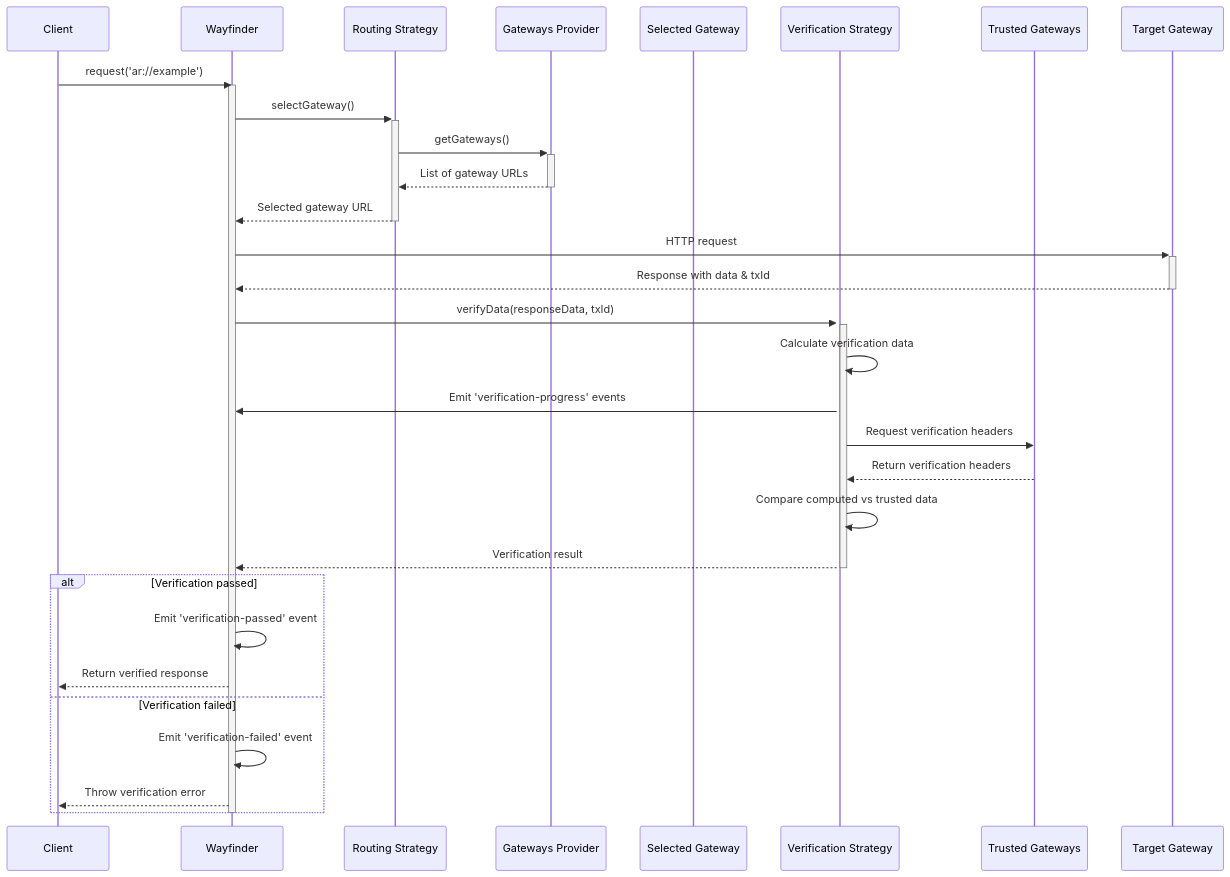
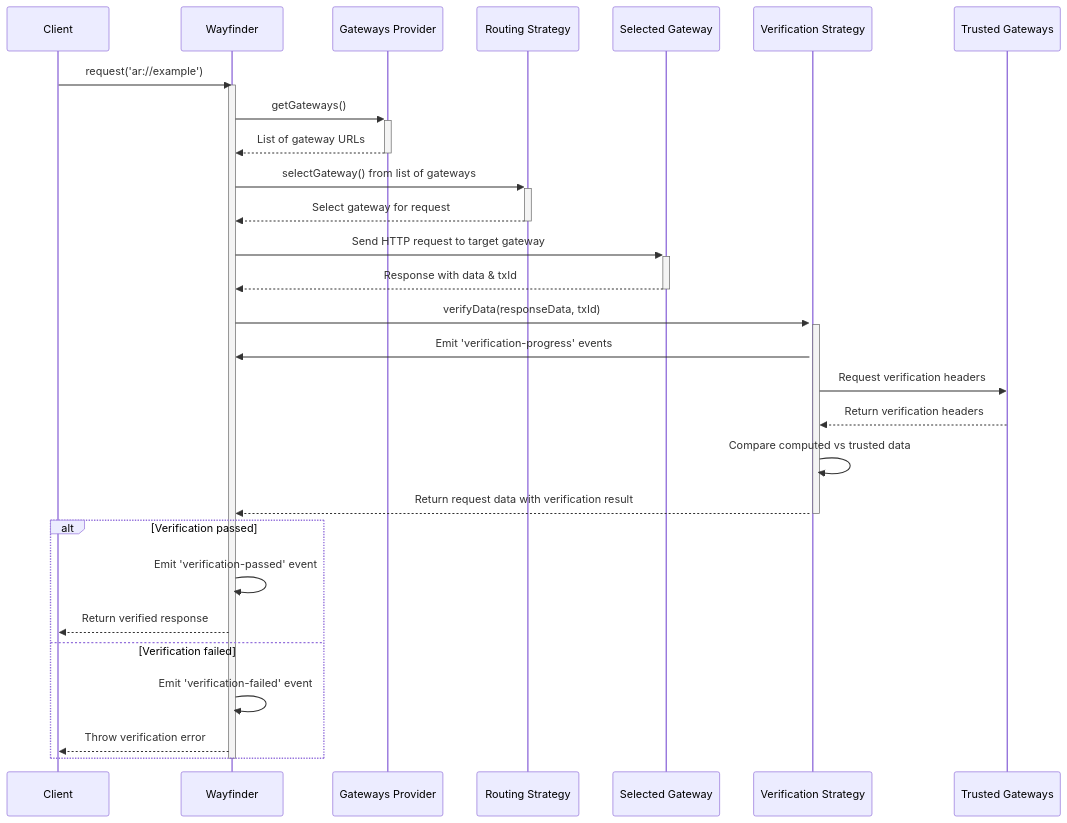
Before and after one commit to ar-io/ar-io-sdk: the diagram in WAYFINDER.md, drawn with Mermaid. The commit also changed other lines of this file and 6 other files, not shown here.

````diff
--- a/WAYFINDER.md
+++ b/WAYFINDER.md
@@ -277,40 +277,40 @@
 ```mermaid
 sequenceDiagram
     participant Client
     participant Wayfinder
+    participant Gateways Provider
     participant Routing Strategy
-    participant Gateways Provider
     participant Selected Gateway
     participant Verification Strategy
     participant Trusted Gateways
 
     Client->>Wayfinder: request('ar://example')
     activate Wayfinder
 
-    Wayfinder->>+Routing Strategy: selectGateway()
-    Routing Strategy->>+Gateways Provider: getGateways()
-    Gateways Provider-->>-Routing Strategy: List of gateway URLs
-    Routing Strategy-->>-Wayfinder: Selected gateway URL
+    Wayfinder->>+Gateways Provider: getGateways()
+    Gateways Provider-->>-Wayfinder: List of gateway URLs
 
-    Wayfinder->>+Target Gateway: HTTP request
-    Target Gateway-->>-Wayfinder: Response with data & txId
+    Wayfinder->>+Routing Strategy: selectGateway() from list of gateways
+    Routing Strategy-->>-Wayfinder: Select gateway for request
+
+    Wayfinder->>+Selected Gateway: Send HTTP request to target gateway
+    Selected Gateway-->>-Wayfinder: Response with data & txId
 
     activate Verification Strategy
     Wayfinder->>+Verification Strategy: verifyData(responseData, txId)
-    Verification Strategy->>Verification Strategy: Calculate verification data
     Verification Strategy->>Wayfinder: Emit 'verification-progress' events
     Verification Strategy->>Trusted Gateways: Request verification headers
     Trusted Gateways-->>Verification Strategy: Return verification headers
     Verification Strategy->>Verification Strategy: Compare computed vs trusted data
-    Verification Strategy-->>-Wayfinder: Verification result
+    Verification Strategy-->>-Wayfinder: Return request data with verification result
 
     alt Verification passed
         Wayfinder->>Wayfinder: Emit 'verification-passed' event
         Wayfinder-->>Client: Return verified response
     else Verification failed
         Wayfinder->>Wayfinder: Emit 'verification-failed' event
         Wayfinder-->>Client: Throw verification error
     end
 
     deactivate Wayfinder
 ```
````
